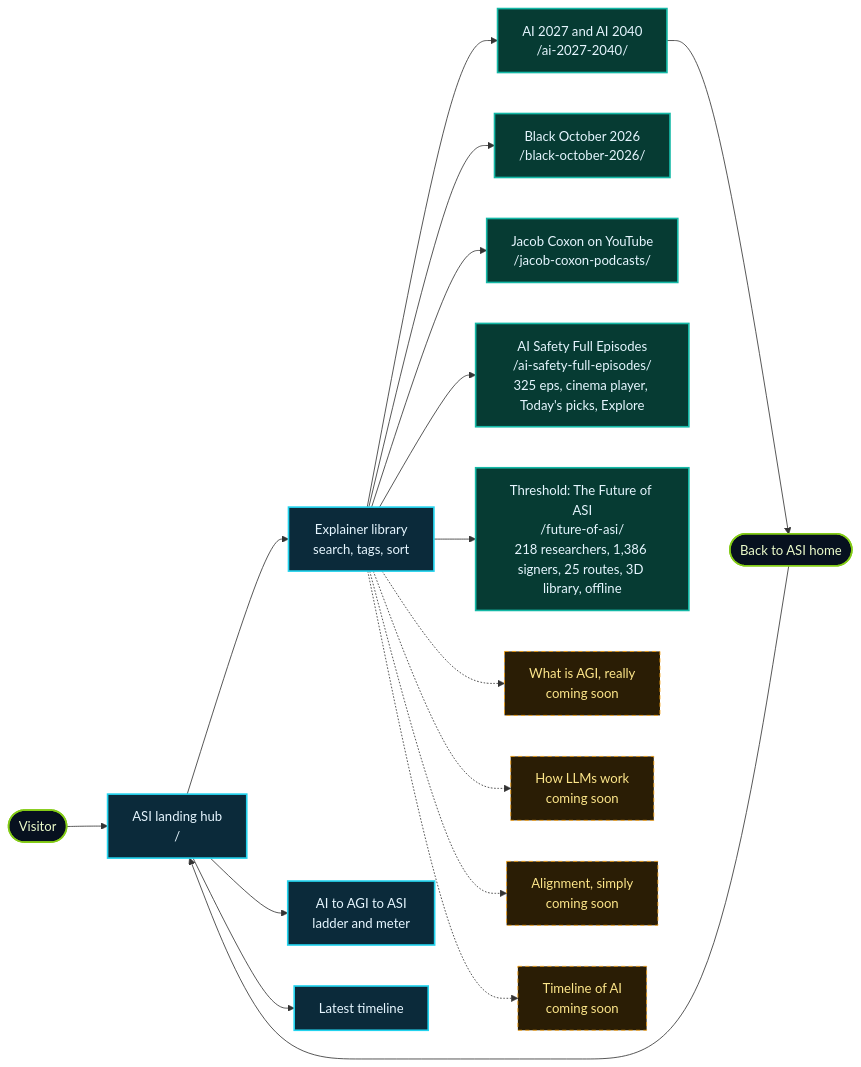
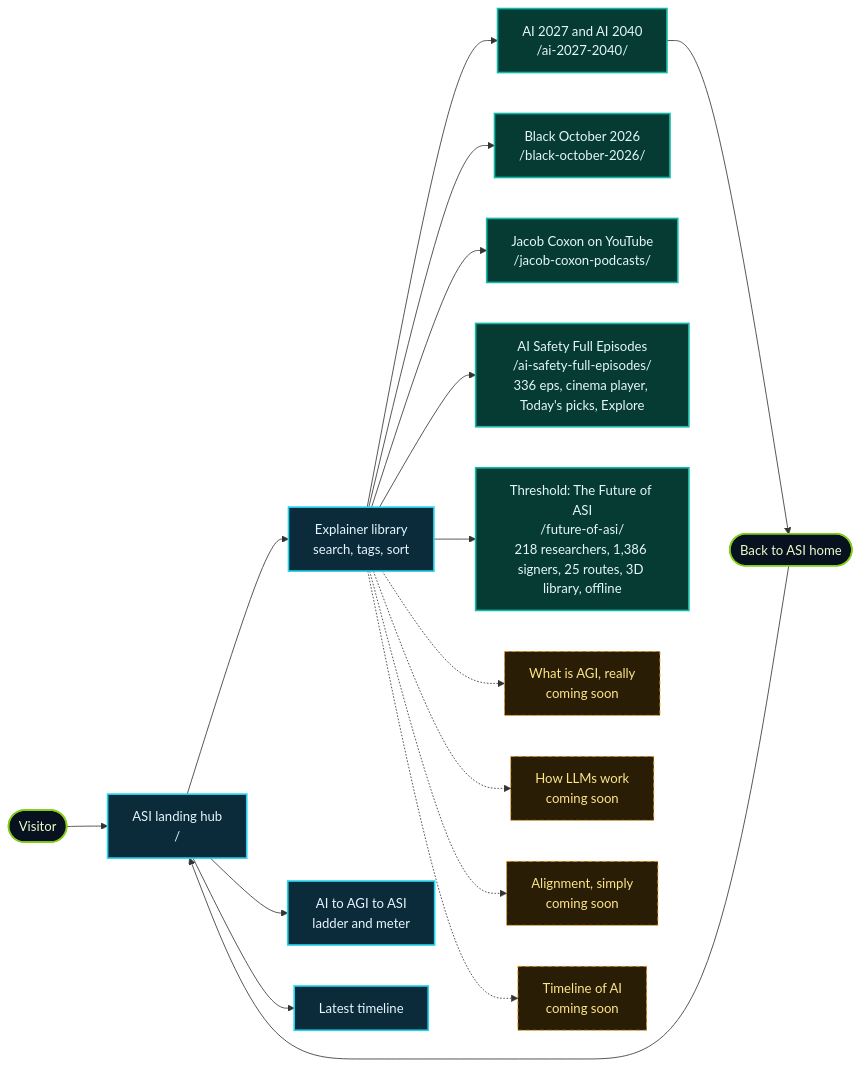
One commit to lo3elyon/ASI changed the first of 14 diagrams in README.md. Above: the diagram before and after it, drawn with Mermaid. The commit also changed other lines of this file, not shown here.

Commit message:
ai-safety-full-episodes: 9 new transcript-verified episodes from the Nov 1 deep sweep (336 episodes): README.md

````diff
--- a/README.md
+++ b/README.md
@@ -71,26 +71,26 @@
 ```mermaid
 flowchart LR
     V(["Visitor"]) --> H["ASI landing hub<br/>/"]
     H --> L["Explainer library<br/>search, tags, sort"]
     H --> G["AI to AGI to ASI<br/>ladder and meter"]
     H --> T["Latest timeline"]
     L --> E1["AI 2027 and AI 2040<br/>/ai-2027-2040/"]
     L --> E6["Black October 2026<br/>/black-october-2026/"]
     L --> E7["Jacob Coxon on YouTube<br/>/jacob-coxon-podcasts/"]
-    L --> E8["AI Safety Full Episodes<br/>/ai-safety-full-episodes/<br/>325 eps, cinema player, Today's picks, Explore"]
+    L --> E8["AI Safety Full Episodes<br/>/ai-safety-full-episodes/<br/>336 eps, cinema player, Today's picks, Explore"]
     L --> E9["Threshold: The Future of ASI<br/>/future-of-asi/<br/>218 researchers, 1,386 signers, 25 routes, 3D library, offline"]
     L -.-> E2["What is AGI, really<br/>coming soon"]
     L -.-> E3["How LLMs work<br/>coming soon"]
     L -.-> E4["Alignment, simply<br/>coming soon"]
     L -.-> E5["Timeline of AI<br/>coming soon"]
     E1 --> B(["Back to ASI home"])
     B --> H
     classDef hub fill:#0b2a3a,stroke:#22d3ee,stroke-width:2px,color:#e6f6ff
     classDef live fill:#063b33,stroke:#14b8a6,stroke-width:2px,color:#e6f6ff
     classDef soon fill:#2a1d05,stroke:#f59e0b,stroke-dasharray:5 4,color:#fde68a
     classDef user fill:#07111f,stroke:#84cc16,stroke-width:2px,color:#ecfccb
     class H,L,G,T hub
     class E1,E6,E7,E8,E9 live
     class E2,E3,E4,E5 soon
     class V,B user
 ```
````
